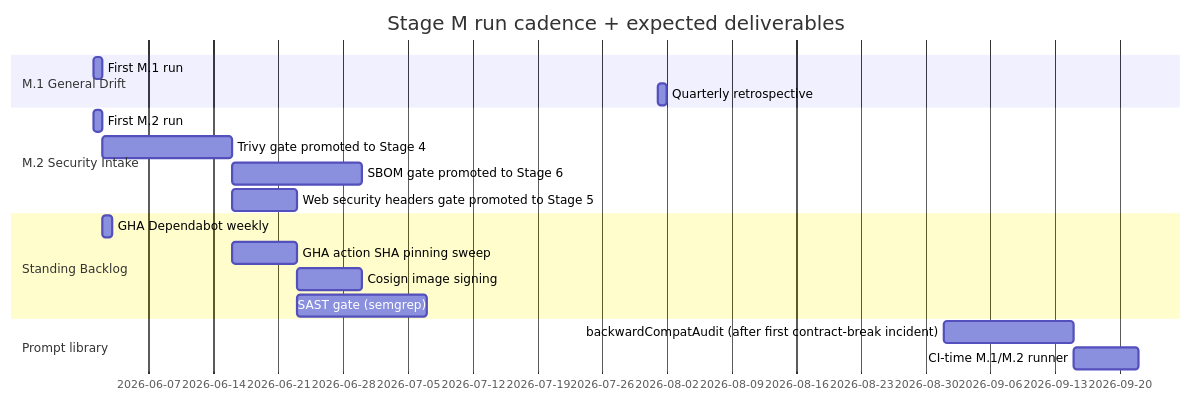
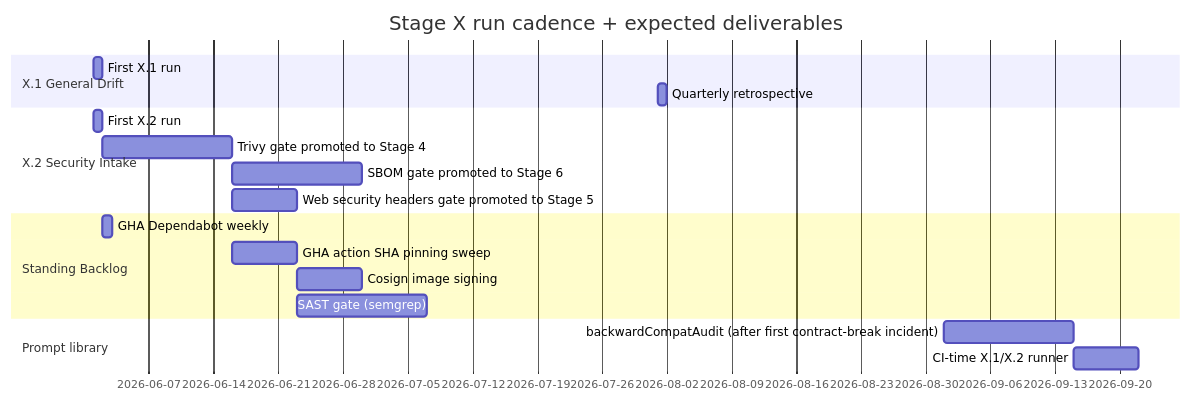
One commit to pranems/SCIMServer changed the fifth of 5 diagrams in docs/MANDATORY_QUALITY_GATES_STRATEGY.md. Above: the diagram before and after it, drawn with Mermaid. The commit also changed other lines of this file and 4 other files, not shown here.

````diff
--- a/docs/MANDATORY_QUALITY_GATES_STRATEGY.md
+++ b/docs/MANDATORY_QUALITY_GATES_STRATEGY.md
@@ -401,21 +401,21 @@
 ```mermaid
 gantt
-    title Stage M run cadence + expected deliverables
+    title Stage X run cadence + expected deliverables
     dateFormat YYYY-MM-DD
-    section M.1 General Drift
-    First M.1 run :m1_1, 2026-06-01, 1d
+    section X.1 General Drift
+    First X.1 run :m1_1, 2026-06-01, 1d
     Quarterly retrospective :m1_2, 2026-08-01, 1d
-    section M.2 Security Intake
-    First M.2 run :m2_1, 2026-06-01, 1d
+    section X.2 Security Intake
+    First X.2 run :m2_1, 2026-06-01, 1d
     Trivy gate promoted to Stage 4 :m2_2, after m2_1, 14d
     SBOM gate promoted to Stage 6 :m2_3, after m2_2, 14d
     Web security headers gate promoted to Stage 5 :m2_4, after m2_2, 7d
     section Standing Backlog
     GHA Dependabot weekly :sb_1, after m2_1, 1d
     GHA action SHA pinning sweep :sb_2, after m2_2, 7d
     Cosign image signing :sb_3, after m2_4, 7d
     SAST gate (semgrep) :sb_4, after m2_4, 14d
     section Prompt library
     backwardCompatAudit (after first contract-break incident) :prompt_1, 2026-09-01, 14d
-    CI-time M.1/M.2 runner :prompt_2, 2026-09-15, 7d
+    CI-time X.1/X.2 runner :prompt_2, 2026-09-15, 7d
 ```
````
